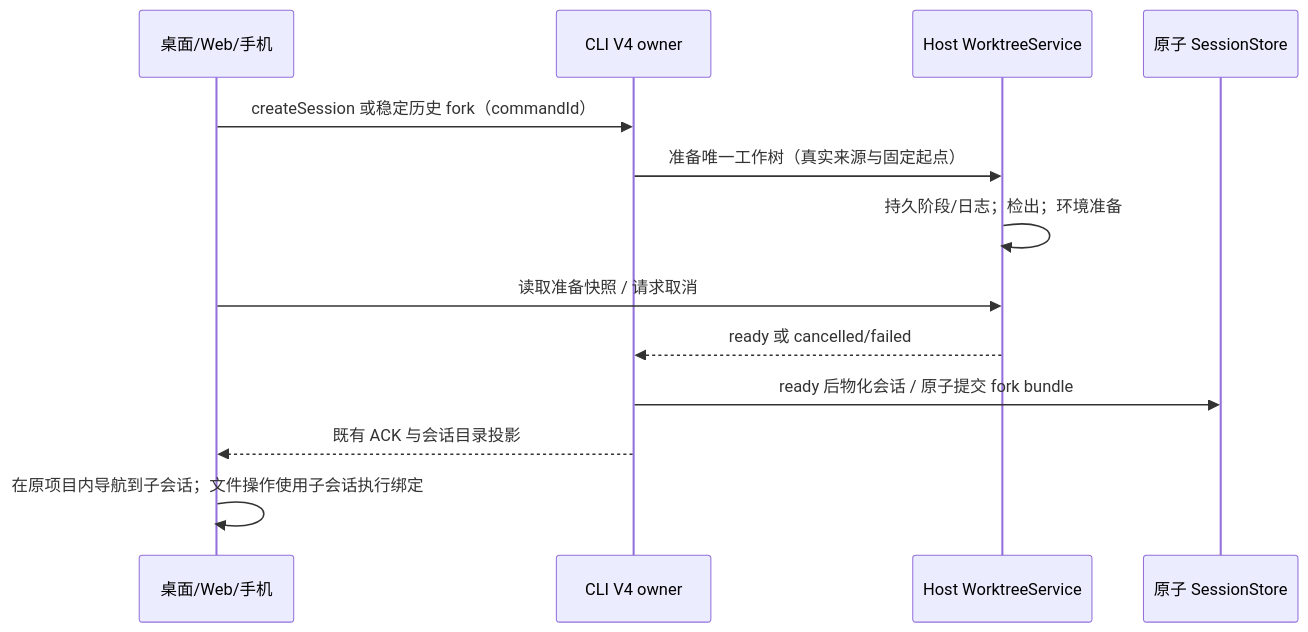
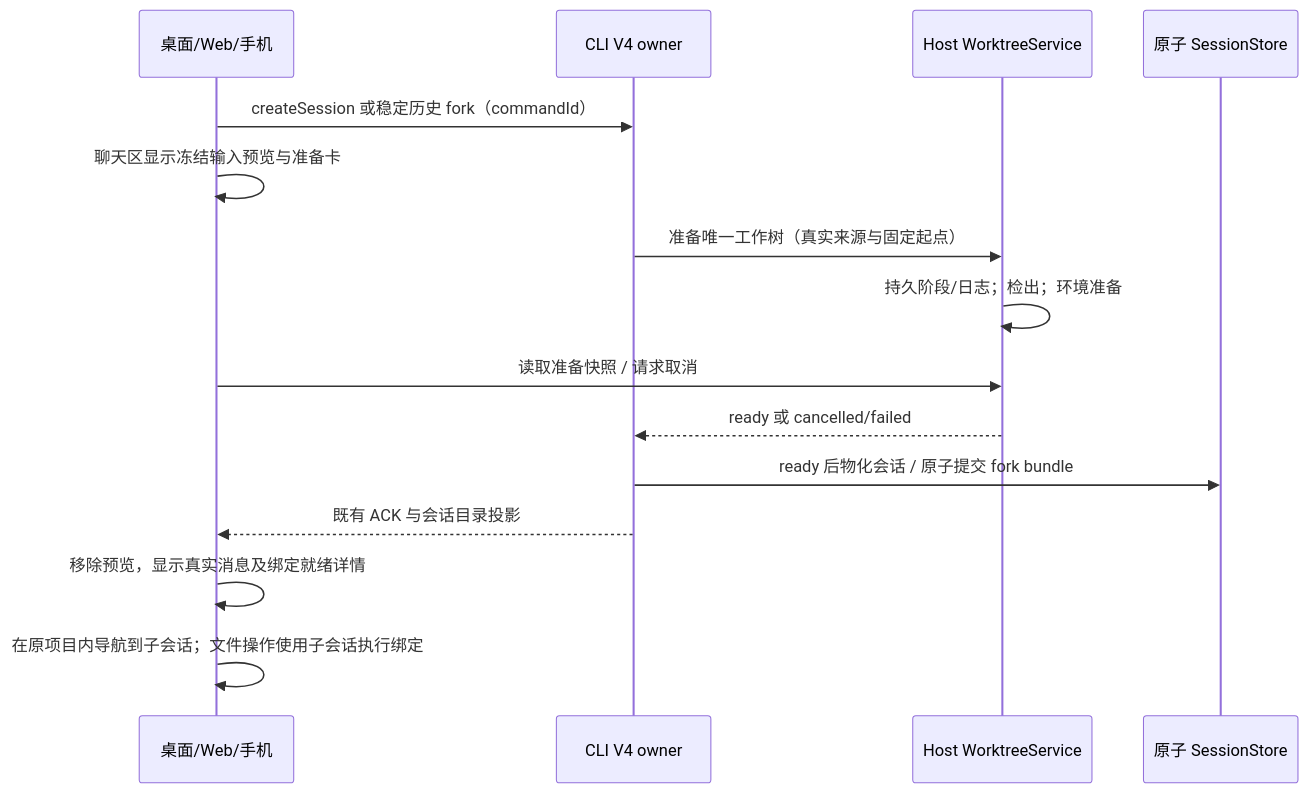
The diagram in specs/worktree-preparation-and-sidebar-fork.md (lemon-casino/LemonCode), drawn with Mermaid before and after one commit. The commit also changed other lines of this file and 25 other files, not shown here.

````diff
--- a/specs/worktree-preparation-and-sidebar-fork.md
+++ b/specs/worktree-preparation-and-sidebar-fork.md
@@ -21,15 +28,17 @@
 ```mermaid
 sequenceDiagram
   participant UI as 桌面/Web/手机
   participant CLI as CLI V4 owner
   participant WT as Host WorktreeService
   participant Store as 原子 SessionStore
   UI->>CLI: createSession 或稳定历史 fork（commandId）
+  UI->>UI: 聊天区显示冻结输入预览与准备卡
   CLI->>WT: 准备唯一工作树（真实来源与固定起点）
   WT->>WT: 持久阶段/日志；检出；环境准备
   UI->>WT: 读取准备快照 / 请求取消
   WT-->>CLI: ready 或 cancelled/failed
   CLI->>Store: ready 后物化会话 / 原子提交 fork bundle
   CLI-->>UI: 既有 ACK 与会话目录投影
+  UI->>UI: 移除预览，显示真实消息及绑定就绪详情
   UI->>UI: 在原项目内导航到子会话；文件操作使用子会话执行绑定
 ```
````
